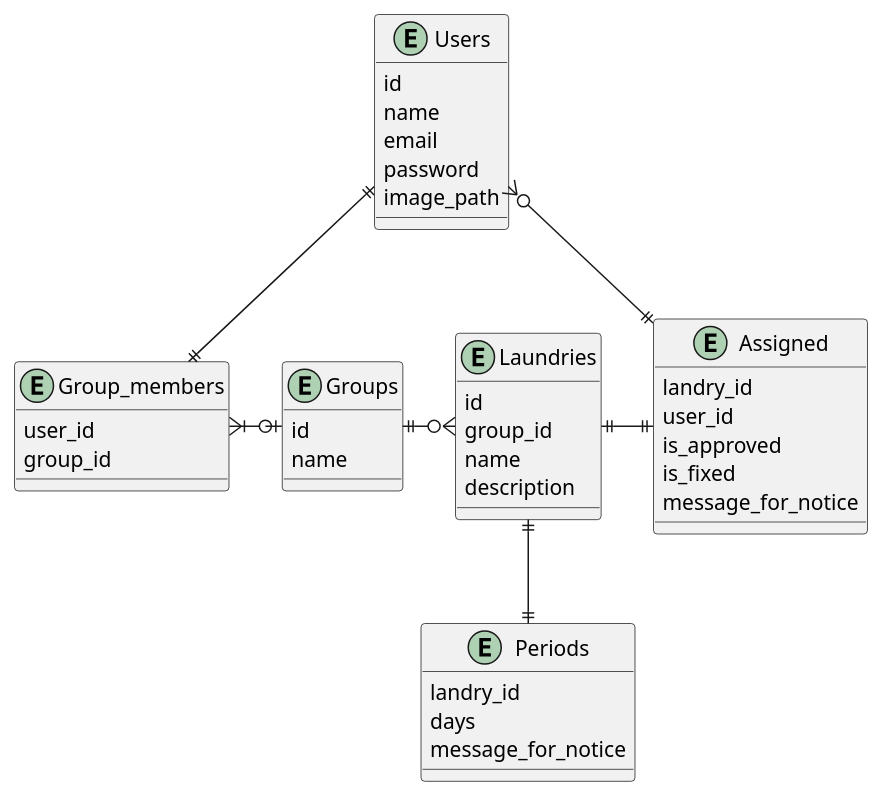
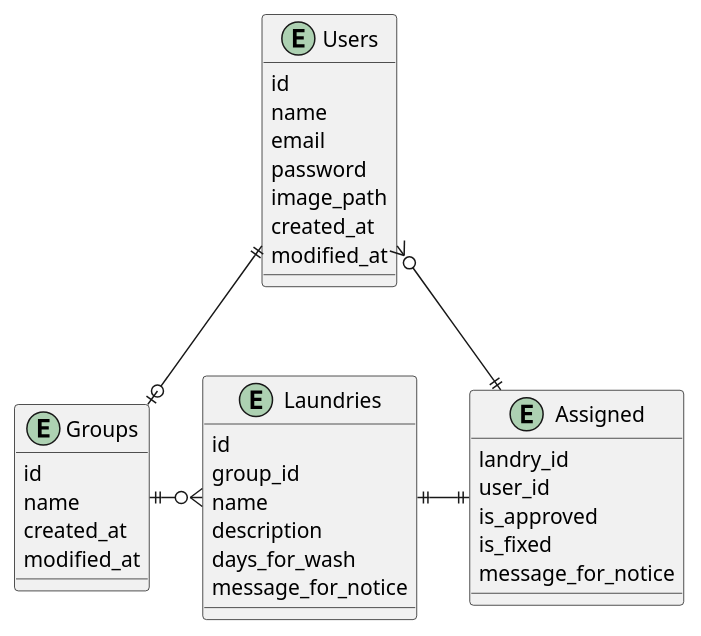
The diagram in docs/ER図.puml (mixa393/mohumohu), drawn with PlantUML before and after one commit.

Commit message:
Fix: 洗濯期間テーブルと洗濯物テーブルを統合

```diff
--- a/docs/ER図.puml
+++ b/docs/ER図.puml
@@ -1,51 +1,44 @@
 @startuml
 
 entity Users{
 id
 name
 email
 password
 image_path
-}
-
-entity Group_members
-{
-user_id
-group_id
+created_at
+modified_at
 }
 
 entity Groups
 {
 id
 name
+created_at
+modified_at
 }
 
 entity Laundries{
 id
 group_id
 name
 description
-}
-
-entity Periods{
-landry_id
-days
+days_for_wash
 message_for_notice
 }
 
 entity Assigned{
 landry_id
 user_id
 is_approved
 is_fixed
 message_for_notice
 }
 
-Users ||--|| Group_members
-Group_members }|-o| Groups
+Users ||--o| Groups
 Groups ||-o{ Laundries
 Laundries ||-|| Assigned
-Users }o-|| Assigned
-Laundries ||--|| Periods
+Users }o--|| Assigned
+
 
 @enduml
```
